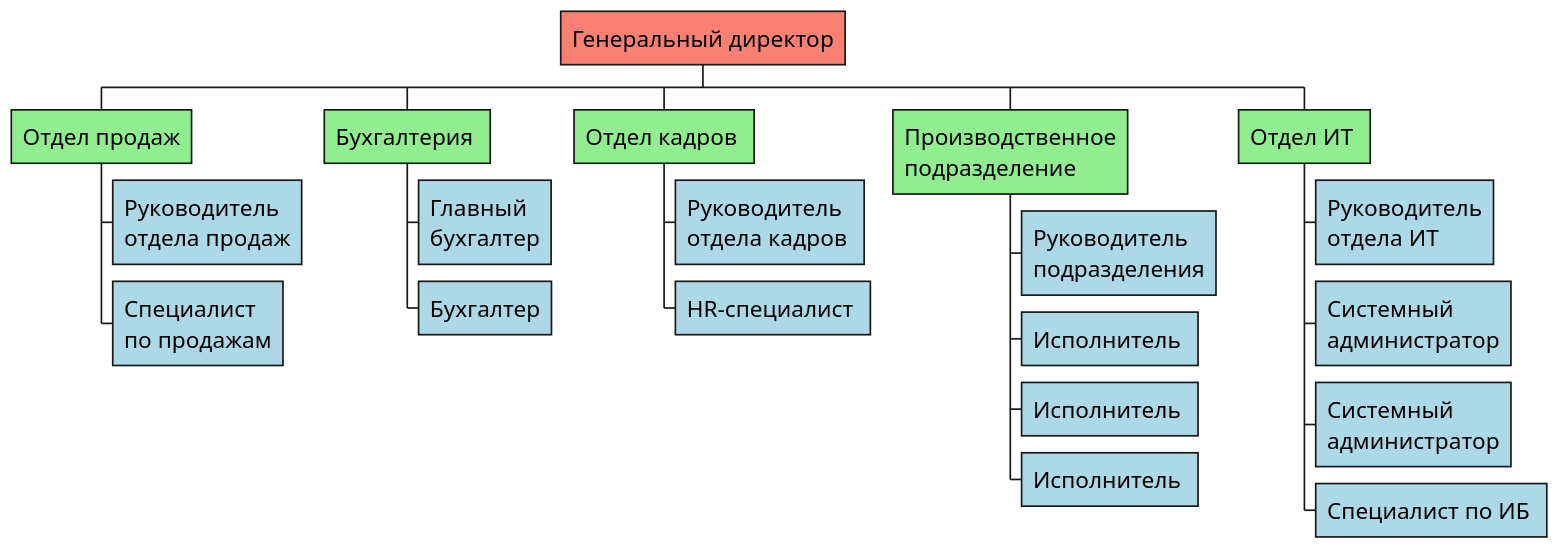
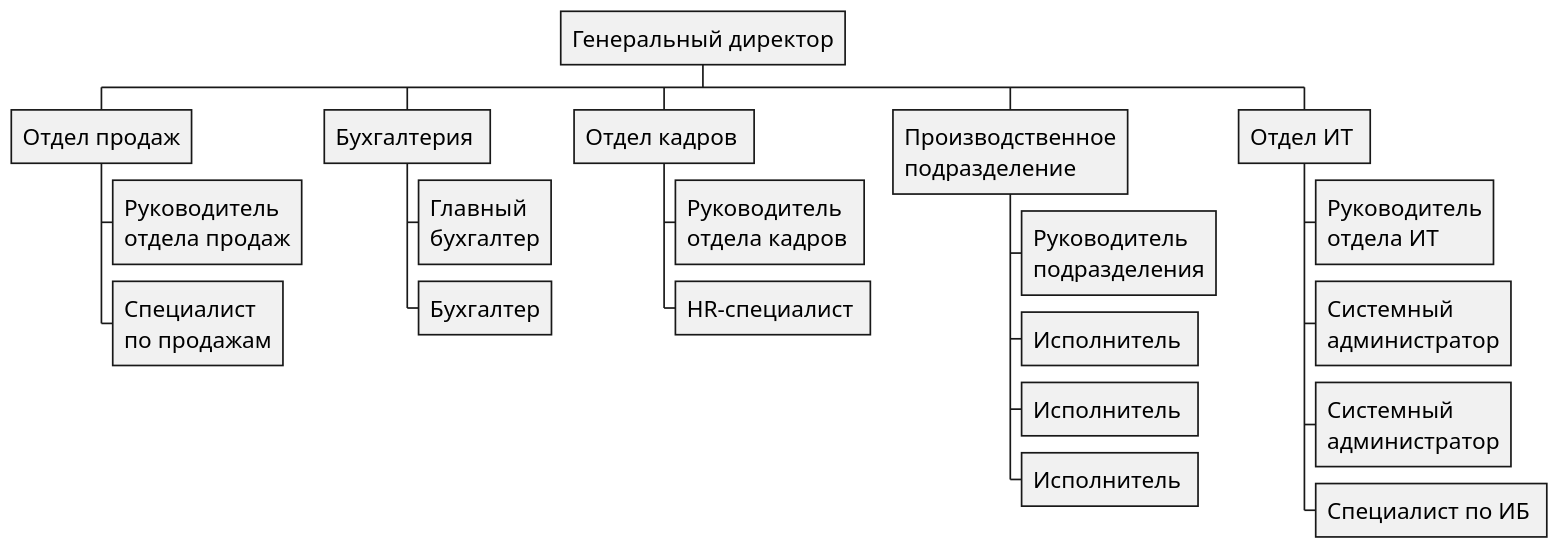
The diagram in orgchart.puml (baksist/thesis-plantuml-diagrams), drawn with PlantUML before and after one commit. The commit also changed 1 other file, not shown here.

```diff
--- a/orgchart.puml
+++ b/orgchart.puml
@@ -1,40 +1,40 @@
 @startwbs orgchart
 
 skinparam DefaultFontSize 20
 
-*[#Salmon] Генеральный директор
+* Генеральный директор
 
-**[#LightGreen] Отдел продаж
-***[#LightBlue]:Руководитель 
+** Отдел продаж
+***:Руководитель 
 отдела продаж;
-***[#LightBlue]:Специалист
+***:Специалист
 по продажам;
 
-**[#LightGreen] Бухгалтерия 
-***[#LightBlue]:Главный
+** Бухгалтерия 
+***:Главный
 бухгалтер;
-***[#LightBlue]  Бухгалтер
+***  Бухгалтер
 
-**[#LightGreen] Отдел кадров 
-***[#LightBlue]:Руководитель 
+** Отдел кадров 
+***:Руководитель 
 отдела кадров ;
-***[#LightBlue]  HR-специалист 
+***  HR-специалист 
 
-**[#LightGreen]:Производственное
+**:Производственное
 подразделение;
-***[#LightBlue]:Руководитель
+***:Руководитель
 подразделения;
-***[#LightBlue]  Исполнитель 
-***[#LightBlue]  Исполнитель 
-***[#LightBlue]  Исполнитель 
+***  Исполнитель 
+***  Исполнитель 
+***  Исполнитель 
 
-**[#LightGreen] Отдел ИТ 
-***[#LightBlue]:Руководитель
+** Отдел ИТ 
+***:Руководитель
 отдела ИТ;
-***[#LightBlue]:Системный
+***:Системный
 администратор;
-***[#LightBlue]:Системный
+***:Системный
 администратор;
-***[#LightBlue]  Специалист по ИБ 
+***  Специалист по ИБ 
 
 @endwbs
```
